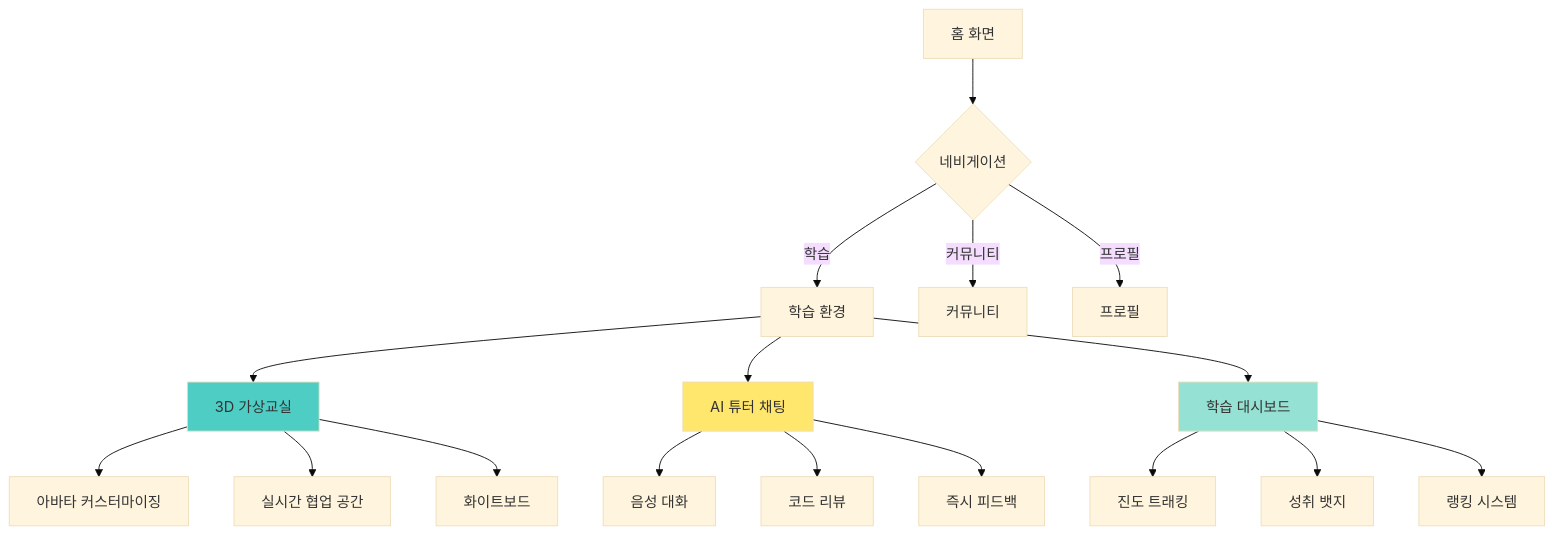
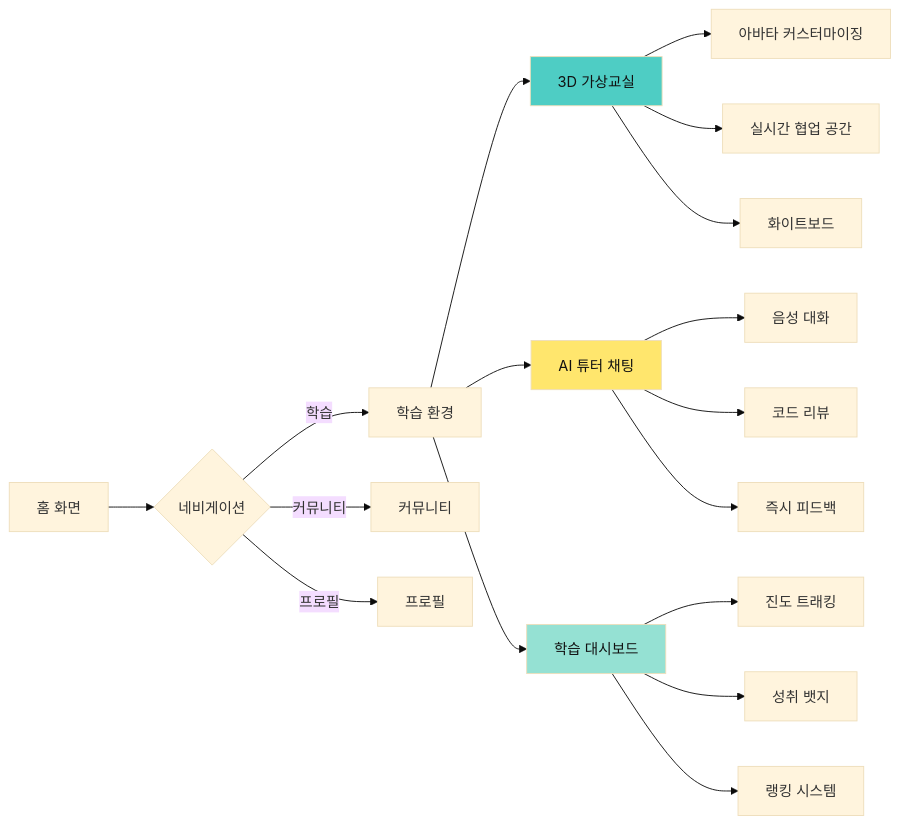
Diagram 11 of 31 in Docs/AI교육_가상환경_비즈니스_중심_프로그램.md (Collegenie-X/AI-Vive-Coding), drawn with Mermaid (base theme) before and after one commit. The commit also changed other lines of this file, not shown here.

````diff
--- a/Docs/AI교육_가상환경_비즈니스_중심_프로그램.md
+++ b/Docs/AI교육_가상환경_비즈니스_중심_프로그램.md
@@ -432,28 +432,28 @@
 ```mermaid
-graph TD
+graph LR
     Start[홈 화면] --> Nav{네비게이션}
     
     Nav -->|학습| Learn[학습 환경]
     Nav -->|커뮤니티| Community[커뮤니티]
     Nav -->|프로필| Profile[프로필]
     
     Learn --> L1[3D 가상교실]
     Learn --> L2[AI 튜터 채팅]
     Learn --> L3[학습 대시보드]
     
     L1 --> L1_1[아바타 커스터마이징]
     L1 --> L1_2[실시간 협업 공간]
     L1 --> L1_3[화이트보드]
     
     L2 --> L2_1[음성 대화]
     L2 --> L2_2[코드 리뷰]
     L2 --> L2_3[즉시 피드백]
     
     L3 --> L3_1[진도 트래킹]
     L3 --> L3_2[성취 뱃지]
     L3 --> L3_3[랭킹 시스템]
     
-    style L1 fill:#4ecdc4
-    style L2 fill:#ffe66d
-    style L3 fill:#95e1d3
+    style L1 fill:#4ecdc4,color:#111
+    style L2 fill:#ffe66d,color:#111
+    style L3 fill:#95e1d3,color:#111
 ```
````
